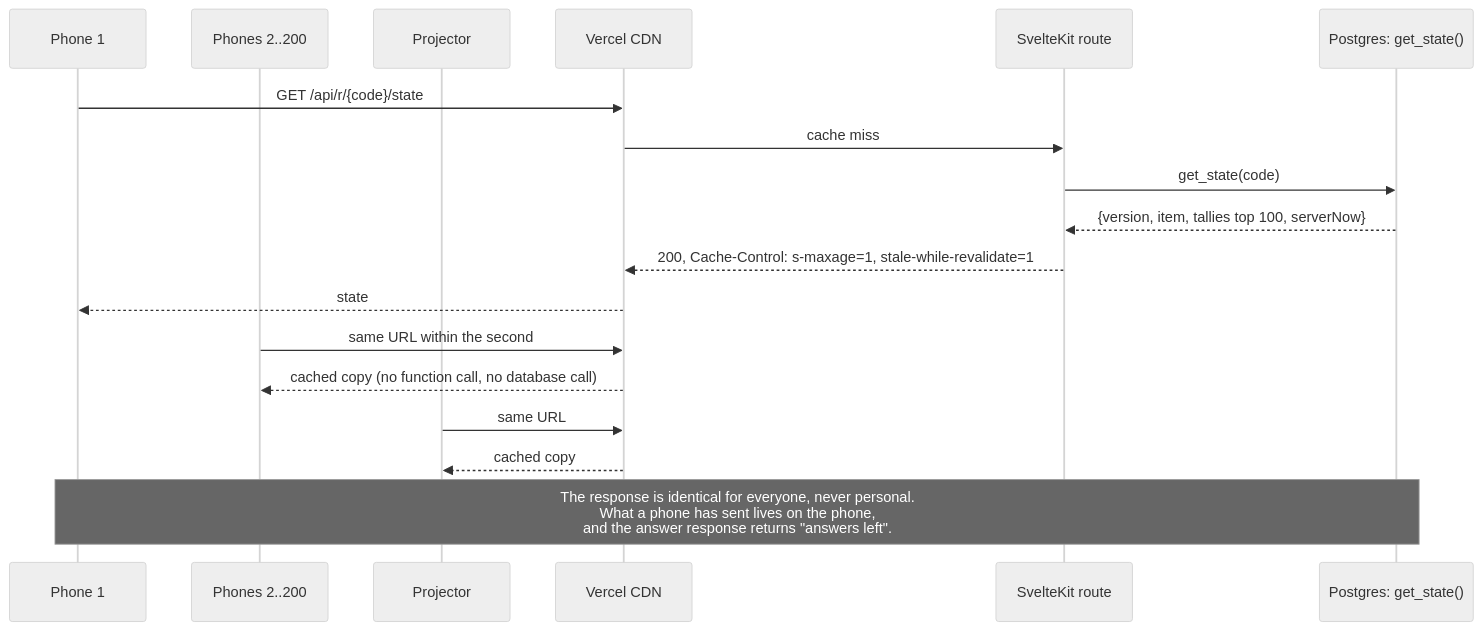
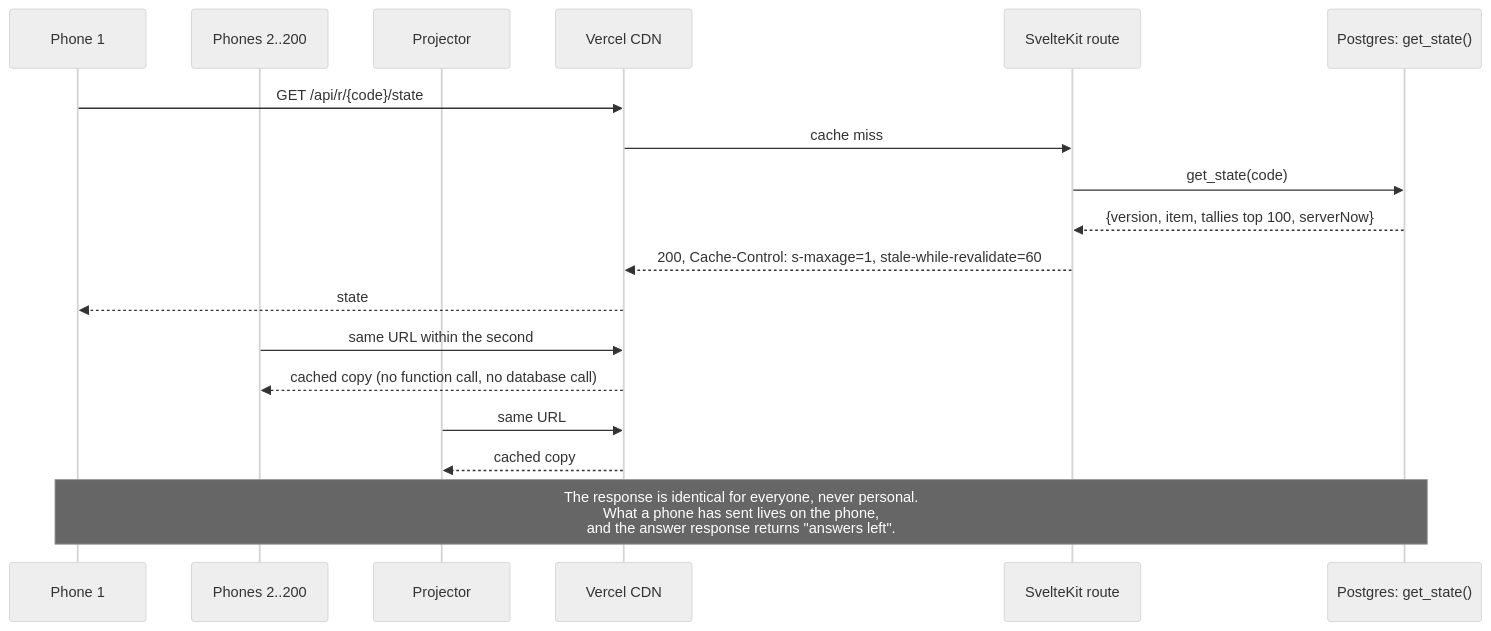
One commit to shahil1dn/volley changed the eighth of 10 diagrams in docs/ARCHITECTURE.md. Above: the diagram before and after it, drawn with Mermaid (neutral theme). The commit also changed other lines of this file and 2 other files, not shown here.

````diff
--- a/docs/ARCHITECTURE.md
+++ b/docs/ARCHITECTURE.md
@@ -247,21 +247,21 @@
 ```mermaid
 sequenceDiagram
   participant P1 as Phone 1
   participant P2 as Phones 2..200
   participant PR as Projector
   participant CDN as Vercel CDN
   participant Fn as SvelteKit route
   participant Db as Postgres: get_state()
 
   P1->>CDN: GET /api/r/{code}/state
   CDN->>Fn: cache miss
   Fn->>Db: get_state(code)
   Db-->>Fn: {version, item, tallies top 100, serverNow}
-  Fn-->>CDN: 200, Cache-Control: s-maxage=1, stale-while-revalidate=1
+  Fn-->>CDN: 200, Cache-Control: s-maxage=1, stale-while-revalidate=60
   CDN-->>P1: state
   P2->>CDN: same URL within the second
   CDN-->>P2: cached copy (no function call, no database call)
   PR->>CDN: same URL
   CDN-->>PR: cached copy
   Note over P1,Db: The response is identical for everyone, never personal.<br/>What a phone has sent lives on the phone,<br/>and the answer response returns "answers left".
 ```
````
